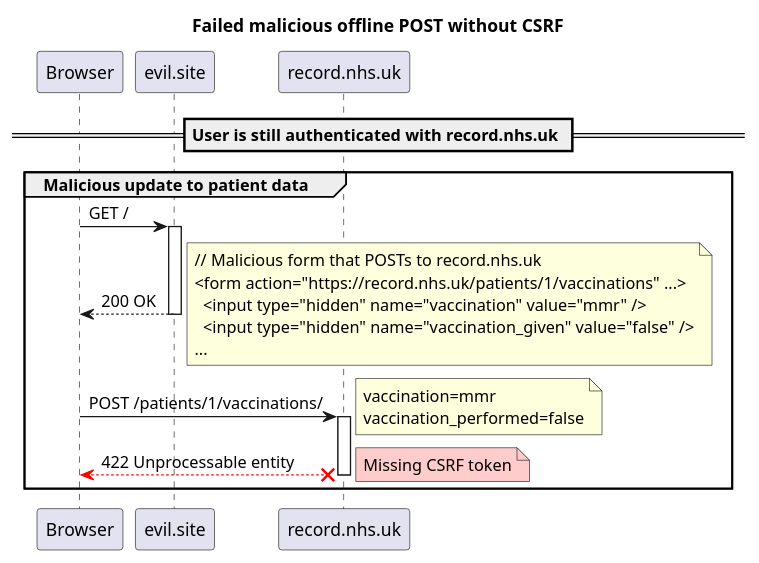
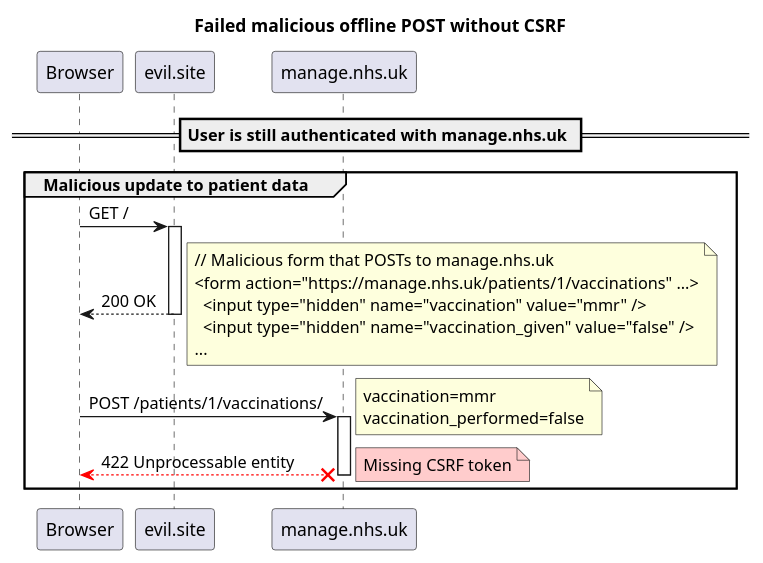
One commit to nhsuk/manage-vaccinations-in-schools changed the diagram in docs/diagrams/failed-malicious-offline-post-without-csrf.puml. Above: the diagram before and after it, drawn with PlantUML. The commit also changed 14 other files, not shown here.

Commit message:
Rename record to manage

```diff
--- a/docs/diagrams/failed-malicious-offline-post-without-csrf.puml
+++ b/docs/diagrams/failed-malicious-offline-post-without-csrf.puml
@@ -1,33 +1,33 @@
 @startuml
 
 title Failed malicious offline POST without CSRF
 
 autoactivate on
 
-== User is still authenticated with record.nhs.uk ==
+== User is still authenticated with manage.nhs.uk ==
 
 group Malicious update to patient data
     Browser -> evil.site: GET /
     return 200 OK
     note right
-        // Malicious form that POSTs to record.nhs.uk
-        <form action="https://record.nhs.uk/patients/1/vaccinations" ...>
+        // Malicious form that POSTs to manage.nhs.uk
+        <form action="https://manage.nhs.uk/patients/1/vaccinations" ...>
           <input type="hidden" name="vaccination" value="mmr" />
           <input type="hidden" name="vaccination_given" value="false" />
         ...
     end note
 
-    Browser -> record.nhs.uk: POST /patients/1/vaccinations/
+    Browser -> manage.nhs.uk: POST /patients/1/vaccinations/
     note right
         vaccination=mmr
         vaccination_performed=false
     end note
 
-    Browser <-[#red]-x record.nhs.uk: 422 Unprocessable entity
-    deactivate record.nhs.uk
+    Browser <-[#red]-x manage.nhs.uk: 422 Unprocessable entity
+    deactivate manage.nhs.uk
     note right #FCC
         Missing CSRF token
     end note
 end
 
 @enduml
```
